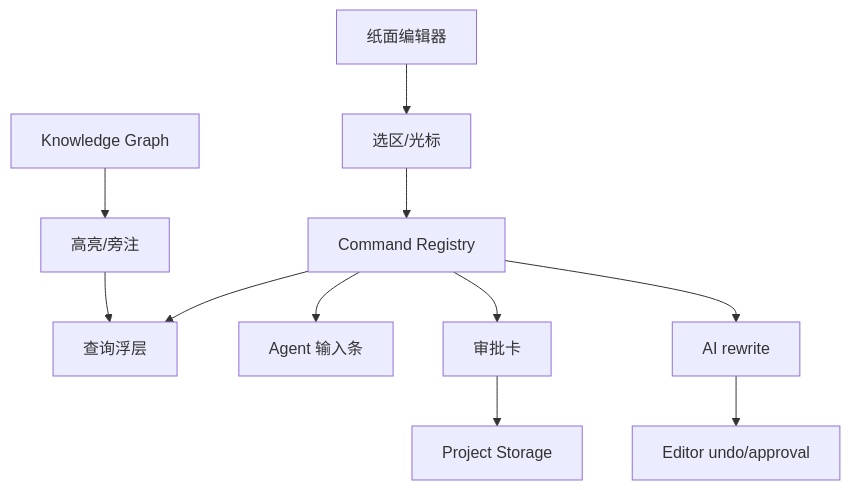
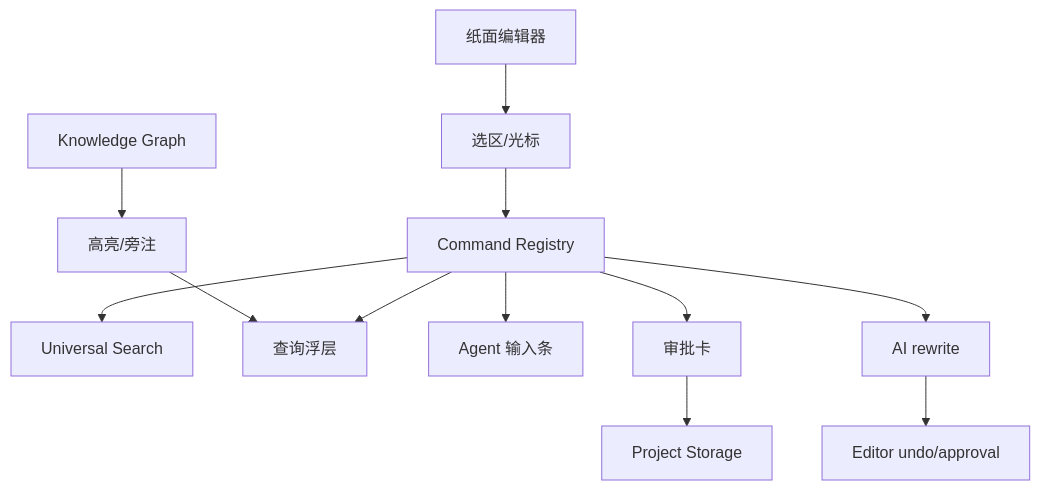
Before and after one commit to jinhuang712/open-novel: the first of 3 diagrams in spec/10-editor-and-interaction.md, drawn with Mermaid. The commit also changed other lines of this file and 29 other files, not shown here.

````diff
--- a/spec/10-editor-and-interaction.md
+++ b/spec/10-editor-and-interaction.md
@@ -7,13 +7,14 @@
 ```mermaid
 flowchart TB
   Editor[纸面编辑器] --> Selection[选区/光标]
   Selection --> Command[Command Registry]
+  Command --> Search[Universal Search]
   Command --> Query[查询浮层]
   Command --> Composer[Agent 输入条]
   Command --> Approval[审批卡]
   Command --> Rewrite[AI rewrite]
   KG[Knowledge Graph] --> Highlight[高亮/旁注]
   Highlight --> Query
   Rewrite --> Undo[Editor undo/approval]
   Approval --> Storage[Project Storage]
 ```
````
